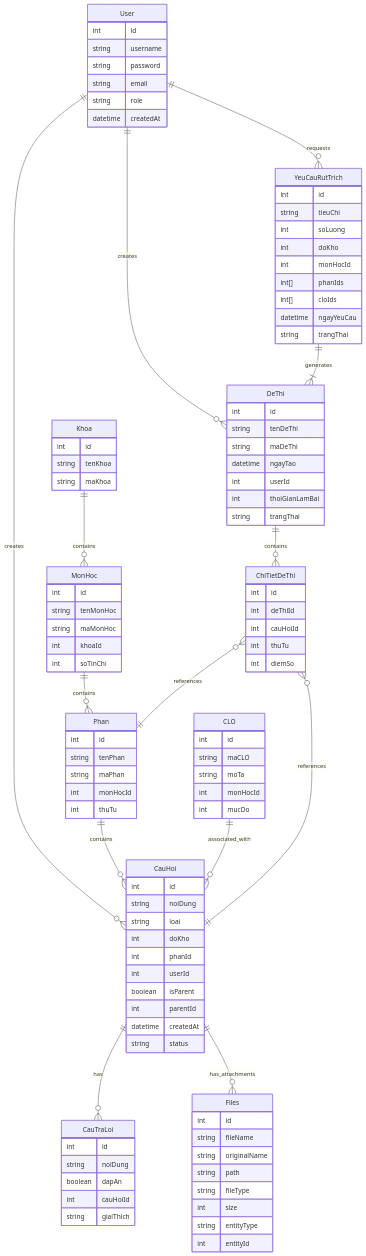
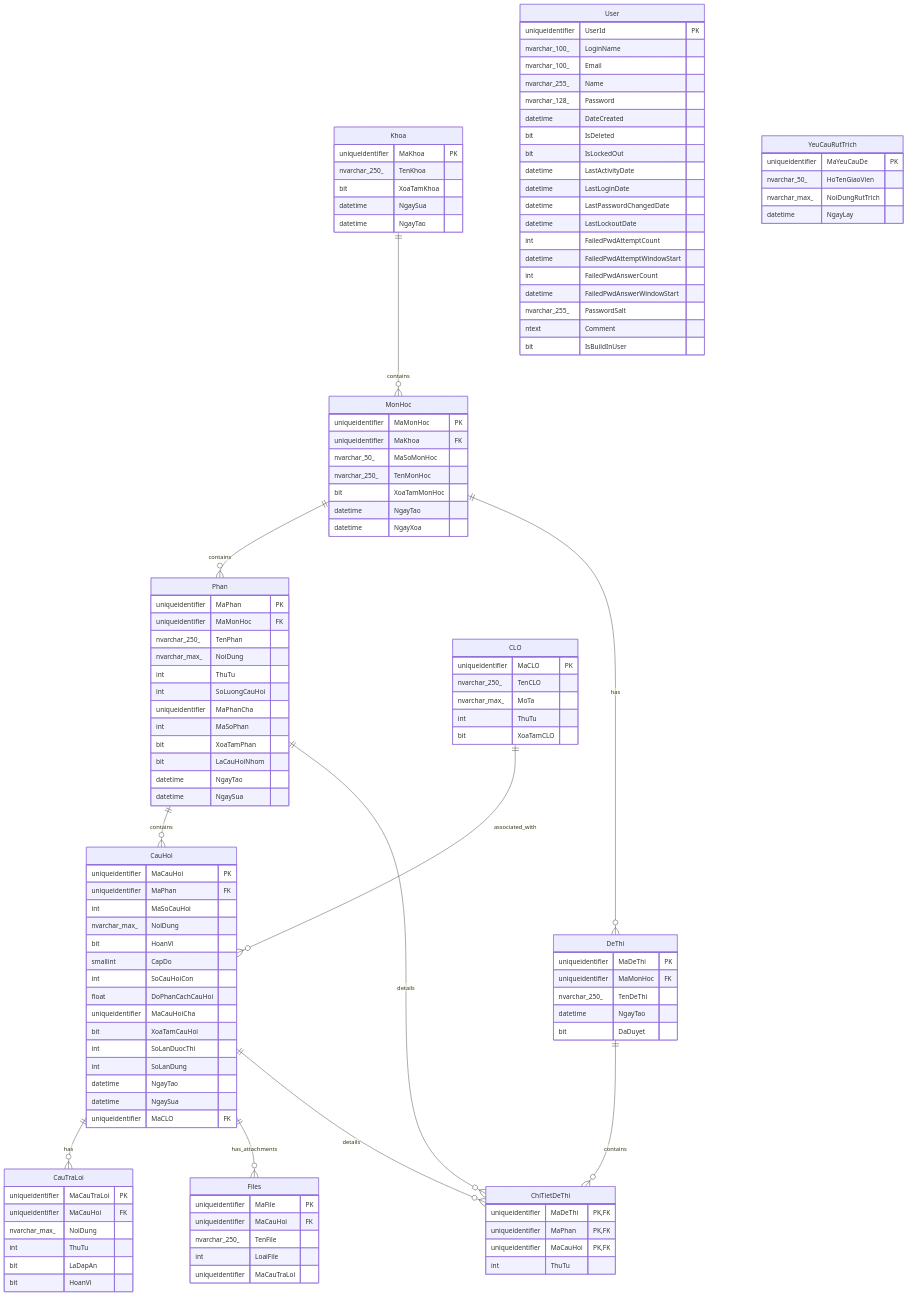
One commit to LinhDangDev/Bank_Question_Cloud changed the third of 8 diagrams in project_documentation.md. Above: the diagram before and after it, drawn with Mermaid. The commit also changed other lines of this file and 19 other files, not shown here.

````diff
--- a/project_documentation.md
+++ b/project_documentation.md
@@ -140,122 +170,133 @@
 ```mermaid
 erDiagram
-    User ||--o{ DeThi : creates
-    User ||--o{ CauHoi : creates
-    User ||--o{ YeuCauRutTrich : requests
-
-    Khoa ||--o{ MonHoc : contains
-    MonHoc ||--o{ Phan : contains
-    Phan ||--o{ CauHoi : contains
-
-    CLO ||--o{ CauHoi : associated_with
-
-    CauHoi ||--o{ CauTraLoi : has
-    CauHoi ||--o{ Files : has_attachments
-
-    DeThi ||--o{ ChiTietDeThi : contains
-    ChiTietDeThi }o--|| CauHoi : references
-    ChiTietDeThi }o--|| Phan : references
-
-    YeuCauRutTrich ||--|{ DeThi : generates
+    Khoa ||--o{ MonHoc : "contains"
+    MonHoc ||--o{ Phan : "contains"
+    MonHoc ||--o{ DeThi : "has"
+    Phan ||--o{ CauHoi : "contains"
+    Phan ||--o{ ChiTietDeThi : "details"
+    CauHoi ||--o{ CauTraLoi : "has"
+    CauHoi ||--o{ Files : "has_attachments"
+    CauHoi ||--o{ ChiTietDeThi : "details"
+    CLO ||--o{ CauHoi : "associated_with"
+    DeThi ||--o{ ChiTietDeThi : "contains"
 
     User {
-        int id
-        string username
-        string password
-        string email
-        string role
-        datetime createdAt
+        uniqueidentifier UserId PK
+        nvarchar_100_ LoginName
+        nvarchar_100_ Email
+        nvarchar_255_ Name
+        nvarchar_128_ Password
+        datetime DateCreated
+        bit IsDeleted
+        bit IsLockedOut
+        datetime LastActivityDate
+        datetime LastLoginDate
+        datetime LastPasswordChangedDate
+        datetime LastLockoutDate
+        int FailedPwdAttemptCount
+        datetime FailedPwdAttemptWindowStart
+        int FailedPwdAnswerCount
+        datetime FailedPwdAnswerWindowStart
+        nvarchar_255_ PasswordSalt
+        ntext Comment
+        bit IsBuildInUser
     }
 
     Khoa {
-        int id
-        string tenKhoa
-        string maKhoa
+        uniqueidentifier MaKhoa PK
+        nvarchar_250_ TenKhoa
+        bit XoaTamKhoa
+        datetime NgaySua
+        datetime NgayTao
     }
 
     MonHoc {
-        int id
-        string tenMonHoc
-        string maMonHoc
-        int khoaId
-        int soTinChi
+        uniqueidentifier MaMonHoc PK
+        uniqueidentifier MaKhoa FK
+        nvarchar_50_ MaSoMonHoc
+        nvarchar_250_ TenMonHoc
+        bit XoaTamMonHoc
+        datetime NgayTao
+        datetime NgayXoa
     }
 
     Phan {
-        int id
-        string tenPhan
-        string maPhan
-        int monHocId
-        int thuTu
+        uniqueidentifier MaPhan PK
+        uniqueidentifier MaMonHoc FK
+        nvarchar_250_ TenPhan
+        nvarchar_max_ NoiDung
+        int ThuTu
+        int SoLuongCauHoi
+        uniqueidentifier MaPhanCha
+        int MaSoPhan
+        bit XoaTamPhan
+        bit LaCauHoiNhom
+        datetime NgayTao
+        datetime NgaySua
     }
 
     CLO {
-        int id
-        string maCLO
-        string moTa
-        int monHocId
-        int mucDo
+        uniqueidentifier MaCLO PK
+        nvarchar_250_ TenCLO
+        nvarchar_max_ MoTa
+        int ThuTu
+        bit XoaTamCLO
     }
 
     CauHoi {
-        int id
-        string noiDung
-        string loai
-        int doKho
-        int phanId
-        int userId
-        boolean isParent
-        int parentId
-        datetime createdAt
-        string status
+        uniqueidentifier MaCauHoi PK
+        uniqueidentifier MaPhan FK
+        int MaSoCauHoi
+        nvarchar_max_ NoiDung
+        bit HoanVi
+        smallint CapDo
+        int SoCauHoiCon
+        float DoPhanCachCauHoi
+        uniqueidentifier MaCauHoiCha
+        bit XoaTamCauHoi
+        int SoLanDuocThi
+        int SoLanDung
+        datetime NgayTao
+        datetime NgaySua
+        uniqueidentifier MaCLO FK
     }
 
     CauTraLoi {
-        int id
-        string noiDung
-        boolean dapAn
-        int cauHoiId
-        string giaiThich
+        uniqueidentifier MaCauTraLoi PK
+        uniqueidentifier MaCauHoi FK
+        nvarchar_max_ NoiDung
+        int ThuTu
+        bit LaDapAn
+        bit HoanVi
     }
 
     DeThi {
-        int id
-        string tenDeThi
-        string maDeThi
-        datetime ngayTao
-        int userId
-        int thoiGianLamBai
-        string trangThai
+        uniqueidentifier MaDeThi PK
+        uniqueidentifier MaMonHoc FK
+        nvarchar_250_ TenDeThi
+        datetime NgayTao
+        bit DaDuyet
     }
 
     ChiTietDeThi {
-        int id
-        int deThiId
-        int cauHoiId
-        int thuTu
-        int diemSo
+        uniqueidentifier MaDeThi PK, FK
+        uniqueidentifier MaPhan PK, FK
+        uniqueidentifier MaCauHoi PK, FK
+        int ThuTu
     }
 
     YeuCauRutTrich {
-        int id
-        string tieuChi
-        int soLuong
-        int doKho
-        int monHocId
-        int[] phanIds
-        int[] cloIds
-        datetime ngayYeuCau
-        string trangThai
+        uniqueidentifier MaYeuCauDe PK
+        nvarchar_50_ HoTenGiaoVien
+        nvarchar_max_ NoiDungRutTrich
+        datetime NgayLay
     }
 
     Files {
-        int id
-        string fileName
-        string originalName
-        string path
-        string fileType
-        int size
-        string entityType
-        int entityId
+        uniqueidentifier MaFile PK
+        uniqueidentifier MaCauHoi FK
+        nvarchar_250_ TenFile
+        int LoaiFile
+        uniqueidentifier MaCauTraLoi
     }
 ```
````
